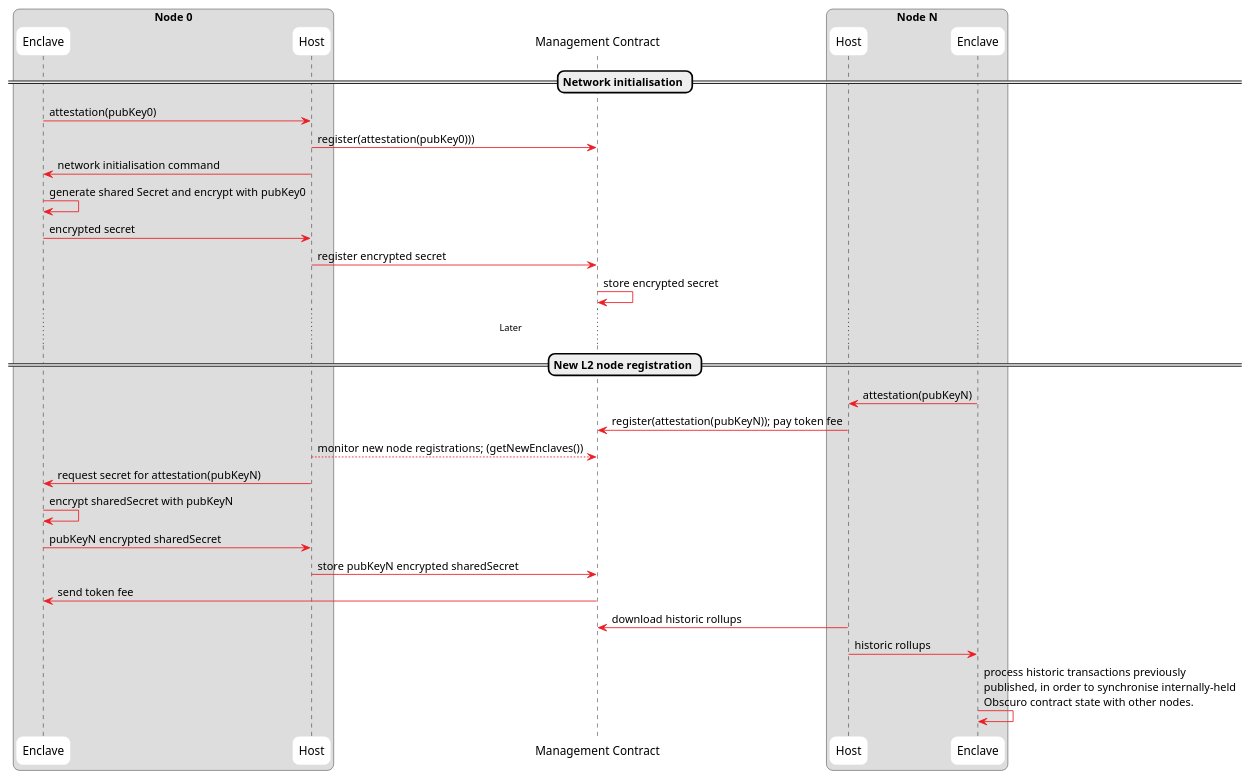
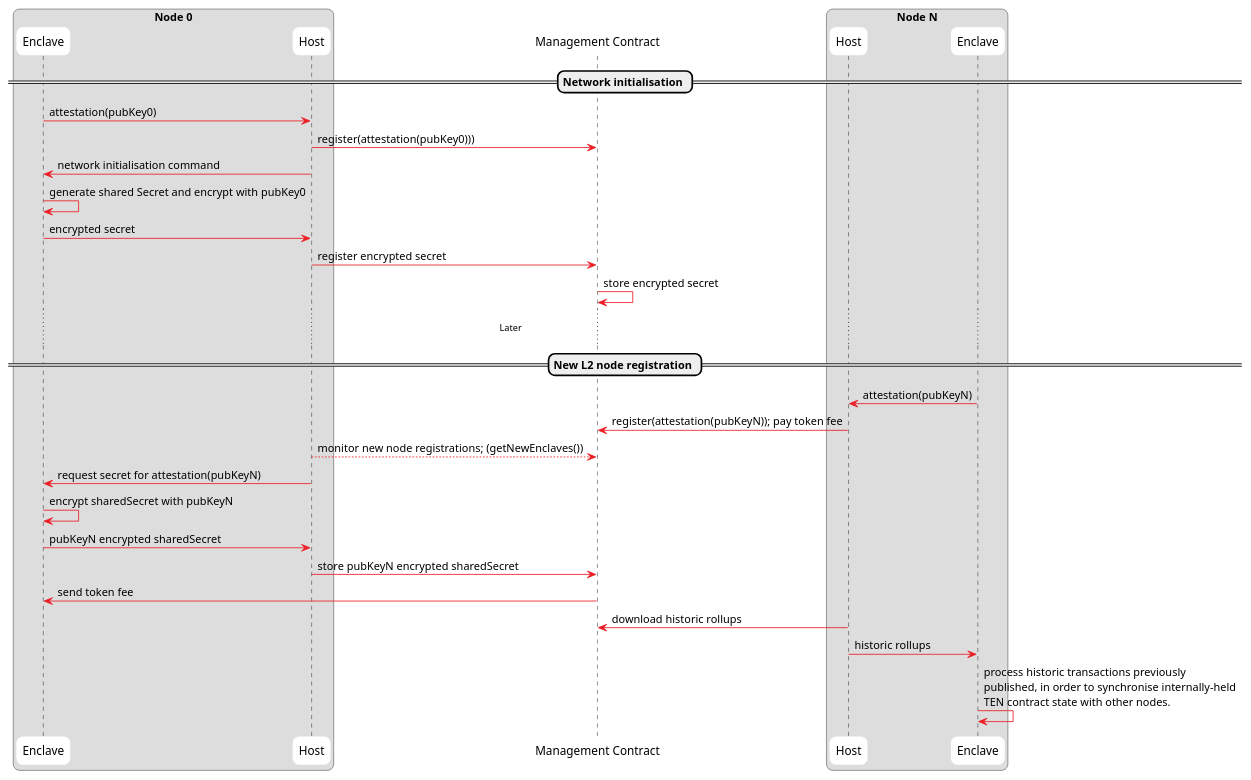
One commit to ten-protocol/ten-whitepaper changed the diagram in interaction-uml/node-registration.plantuml. Above: the diagram before and after it, drawn with PlantUML. The commit also changed 34 other files, not shown here.

Commit message:
Updating Obscuro to TEN

```diff
--- a/interaction-uml/node-registration.plantuml
+++ b/interaction-uml/node-registration.plantuml
@@ -1,53 +1,53 @@
 @startuml
 !pragma teoz true
 skinparam monochrome false
 skinparam roundcorner 15
 skinparam shadowing false
 skinparam sequence{
   ArrowColor #EC1D24
   ParticipantBackgroundColor White
   ParticipantBorderColor White
   NoteBackgroundColor White
   NoteBorderColor Black
   ActorBorderColor Black
   ActorBackgroundColor White
   LifeLineBorderColor Black
 }
 skinparam note{
   BorderColor Black
   BackgroundColor White
 }
 
 box "Node 0"
 participant E0 as "Enclave"
 participant A0 as "Host"
 end box
 participant KMS as "Management Contract"
 box "Node N"
 participant A1 as "Host"
 participant E1 as "Enclave"
 end box
 == Network initialisation ==
 E0 -> A0: attestation(pubKey0)
 A0 -> KMS: register(attestation(pubKey0)))
 A0 -> E0: network initialisation command
 E0 -> E0: generate shared Secret and encrypt with pubKey0
 E0 -> A0: encrypted secret
 A0 -> KMS: register encrypted secret
 KMS -> KMS: store encrypted secret
 
 ... Later ...
 
 == New L2 node registration ==
 E1 -> A1: attestation(pubKeyN)
 A1 -> KMS: register(attestation(pubKeyN)); pay token fee
 A0 --> KMS: monitor new node registrations; (getNewEnclaves())
 A0 -> E0: request secret for attestation(pubKeyN)
 E0 -> E0: encrypt sharedSecret with pubKeyN
 E0 -> A0: pubKeyN encrypted sharedSecret
 A0 -> KMS: store pubKeyN encrypted sharedSecret
 KMS -> E0: send token fee
 A1 -> KMS: download historic rollups
 A1 -> E1: historic rollups
-E1 -> E1: process historic transactions previously\npublished, in order to synchronise internally-held\nObscuro contract state with other nodes.
+E1 -> E1: process historic transactions previously\npublished, in order to synchronise internally-held\nTEN contract state with other nodes.
 @enduml
```
